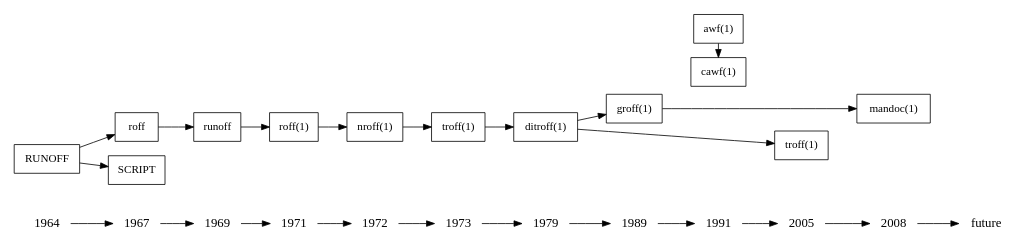
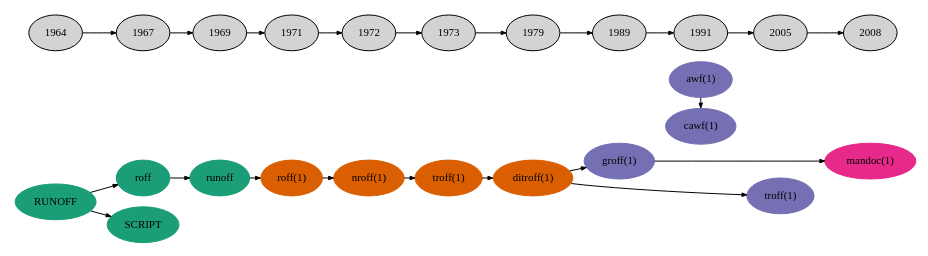
Before and after one commit to kristapsdz/manpages: the diagram in history.dot, drawn with Graphviz. The commit also changed 1 other file, not shown here.

```diff
--- a/history.dot
+++ b/history.dot
@@ -1,55 +1,68 @@
+/*	$Id$ */
 digraph manpages {
 	rankdir=LR;
-	size="10,20";
+	size="9,18";
+	ranksep=0.15;
+	nodesep=0.15;
 
-	{
-		node [shape=plaintext, fontsize=16];
-		1964 -> 1967 -> 1969 -> 1971 -> 1972 -> 1973 -> 1979 -> 
-		1989 -> 1991 -> 2005 -> 2008 -> "future";
+	node [shape=ellipse,fontsize=11,colorscheme=dark24,style=filled];
+	edge [arrowhead=normal,arrowsize=0.5];
+
+	subgraph { 
+		node [color=1];
+		runoff1 [label="RUNOFF" URL="#x1964_RUNOFF"];
+		runoff2 [label="roff" URL="#x1967_roff"];
+		script [label="SCRIPT" URL="#x1967_SCRIPT"];
+		runoff3 [label="runoff" URL="#x1969"]; 
 	}
 
-	node [shape=box];
-
-	runoff1 [label="RUNOFF" URL="#x1964_RUNOFF"];
-	runoff2 [label="roff" URL="#x1967_roff"];
-	script [label="SCRIPT" URL="#x1967_SCRIPT"];
-	runoff3 [label="runoff" URL="#x1969"]; 
-	roff [label="roff(1)" URL="#x1971"];
-	nroff [label="nroff(1)" URL="#x1972"];
-	troff [label="troff(1)" URL="#x1973"];
-	ditroff [label="ditroff(1)" URL="#x1979"];
-	groff [label="groff(1)" URL="#x1989_groff"];
-	awf [label="awf(1)" URL="#x1991_awf"];
-	cawf [label="cawf(1)" URL="#x1991_cawf"];
-	htroff [label="troff(1)" URL="#x2005_troff"];
-	mandoc [label="mandoc(1)" URL="#x2008_mandoc"];
-
-	{ rank = same; 1964 runoff1 };
-	{ rank = same; 1967 script runoff2 };
-	{ rank = same; 1969 runoff3 };
-	{ rank = same; 1971 roff };
-	{ rank = same; 1972 nroff };
-	{ rank = same; 1973 troff; }
-	{ rank = same; 1979 ditroff; }
-	{ rank = same; 1989 groff; }
-	{ rank = same; 1991 awf cawf; }
-	{ rank = same; 2005 htroff; }
-	{ rank = same; 2008 mandoc; }
-
-	subgraph prehistory {
-		node [style=filled];
-		runoff1 -> runoff2 -> runoff3;
-		runoff1 -> script;
-		label="Prehistory";
-		color=blue
+	subgraph {
+		node [color=2];
+		roff [label="roff(1)" URL="#x1971"];
+		nroff [label="nroff(1)" URL="#x1972"];
+		troff [label="troff(1)" URL="#x1973"];
+		ditroff [label="ditroff(1)" URL="#x1979"];
 	}
 
+	subgraph {
+		node [color=3];
+		groff [label="groff(1)" URL="#x1989_groff"];
+		awf [label="awf(1)" URL="#x1991_awf"];
+		cawf [label="cawf(1)" URL="#x1991_cawf"];
+		htroff [label="troff(1)" URL="#x2005_troff"];
+	}
+
+	subgraph {
+		node [color=4];
+		mandoc [label="mandoc(1)" URL="#x2008_mandoc"];
+	}
+
+	runoff1 -> runoff2 -> runoff3;
+	runoff1 -> script;
 	runoff3 -> roff;
 	roff -> nroff;
 	nroff -> troff;
 	troff -> ditroff;
 	ditroff -> groff;
 	ditroff -> htroff;
 	groff -> mandoc;
 	awf -> cawf;
+
+	subgraph {
+		1964 -> 1967 -> 1969 -> 1971 -> 1972 -> 1973 -> 1979 -> 
+		1989 -> 1991 -> 2005 -> 2008;
+	}
+
+	{ rank = same; 1964 runoff1 };
+	{ rank = same; 1967 script runoff2 };
+	{ rank = same; 1969 runoff3 };
+	{ rank = same; 1971 roff };
+	{ rank = same; 1972 nroff };
+	{ rank = same; 1973 troff };
+	{ rank = same; 1979 ditroff };
+	{ rank = same; 1989 groff };
+	{ rank = same; 1991 awf cawf };
+	{ rank = same; 2005 htroff };
+	{ rank = same; 2008 mandoc };
+
 }
```
